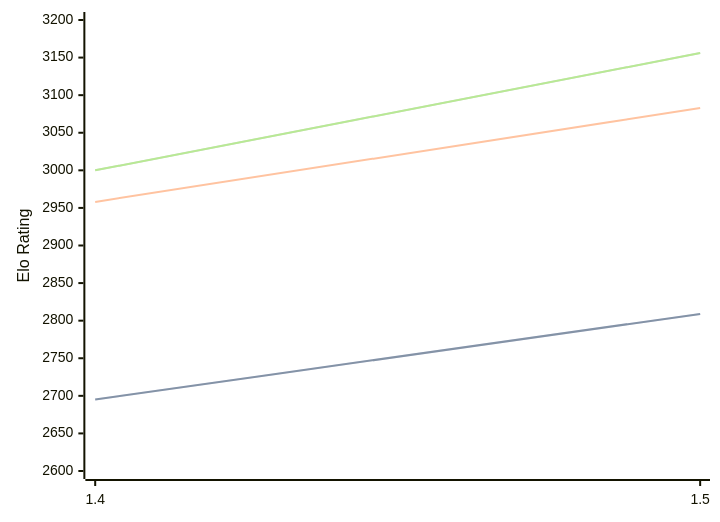
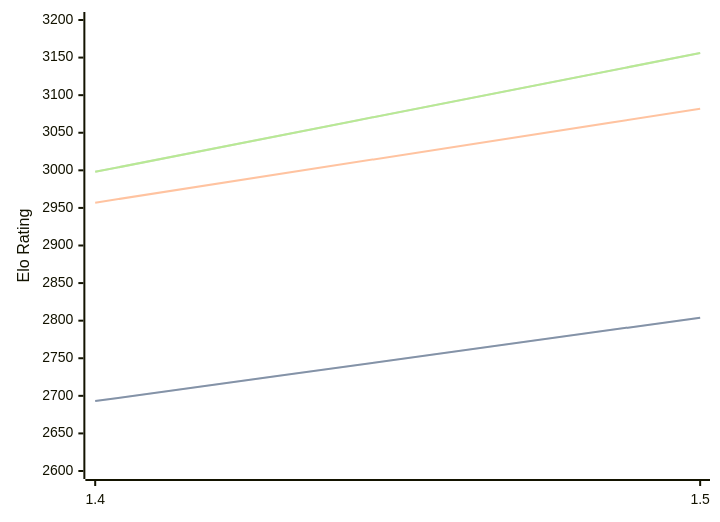
The diagram in engines/Yakka.md (computer-chess-index/cci), drawn with Mermaid before and after one commit. The commit also changed other lines of this file, not shown here.

Commit message:
Update CCI Ratings (ELO VLTC) - 2026-03-12

````diff
--- a/engines/Yakka.md
+++ b/engines/Yakka.md
@@ -34,11 +34,11 @@
 ```mermaid
 %%{init: {"theme":"base","themeVariables":{"seriesColors:['#a3a3a3','#222221','#faa371']}}}%%
 xychart-beta
   x-axis ["1.4", "1.5"]
   y-axis "Elo Rating" 2600 --> 3200
-  line "STC (8.0+0.08s)" [2695, 2809]
-  line "STC (8.0+0.08s)" [2695, 2809]
-  line "LTC (60.0+0.60s)" [2958, 3083]
-  line "VLTC (2m24s+1.12s)" [3000, 3156]
-  line "VLTC (2m24s+1.12s)" [3000, 3156]
+  line "STC (8.0+0.08s)" [2693, 2804]
+  line "STC (8.0+0.08s)" [2693, 2804]
+  line "LTC (60.0+0.60s)" [2957, 3082]
+  line "VLTC (2m24s+1.12s)" [2998, 3156]
+  line "VLTC (2m24s+1.12s)" [2998, 3156]
 ```
````
